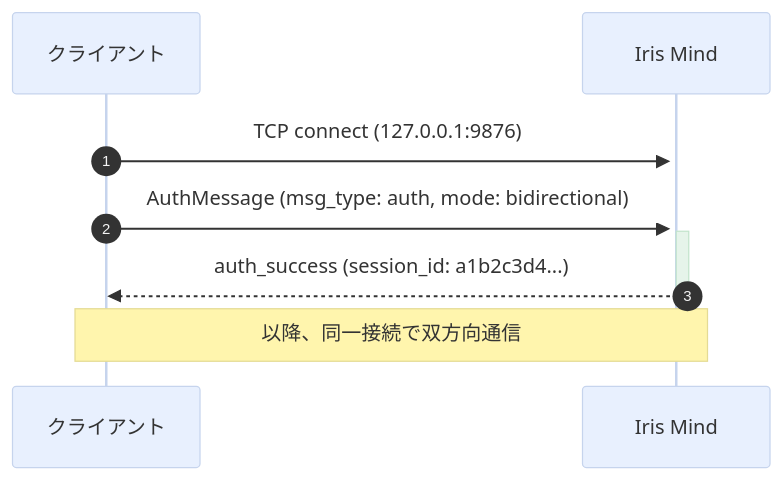
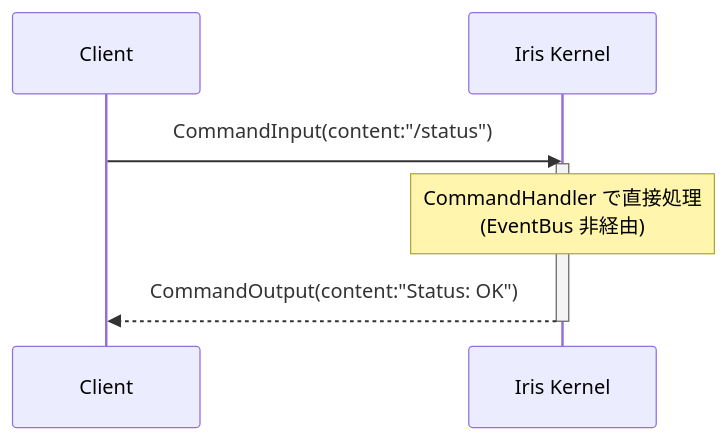
Before and after one commit to ibukani/iris-mind: the second of 4 diagrams in docs/ipc-spec.md, drawn with Mermaid. The commit also changed other lines of this file and 22 other files, not shown here.

````diff
--- a/docs/ipc-spec.md
+++ b/docs/ipc-spec.md
@@ -72,12 +271,11 @@
 ```mermaid
-%%{init: {'theme': 'base', 'themeVariables': { 'primaryColor': '#e8f0fe', 'secondaryColor': '#e6f4ea', 'tertiaryColor': '#fce8e6' }}}%%
 sequenceDiagram
-    autonumber
-    participant Client as クライアント
-    participant Kernel as Iris Mind
+    participant Client
+    participant Kernel as Iris Kernel
 
-    Client->>+Kernel: TCP connect (127.0.0.1:9876)
-    Client->>+Kernel: AuthMessage (msg_type: auth, mode: bidirectional)
-    Kernel-->>-Client: auth_success (session_id: a1b2c3d4...)
-    Note over Client,Kernel: 以降、同一接続で双方向通信
+    Client->>Kernel: CommandInput(content:"/status")
+    activate Kernel
+    Note over Kernel: CommandHandler で直接処理<br/>(EventBus 非経由)
+    Kernel-->>Client: CommandOutput(content:"Status: OK")
+    deactivate Kernel
 ```
````
